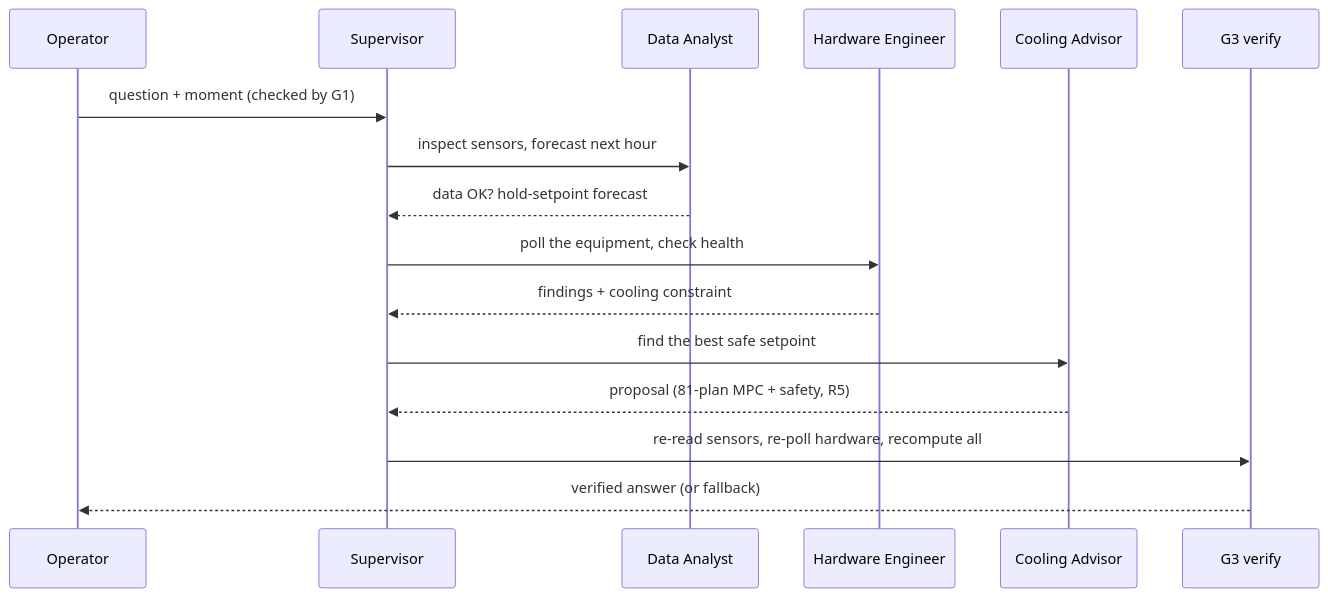
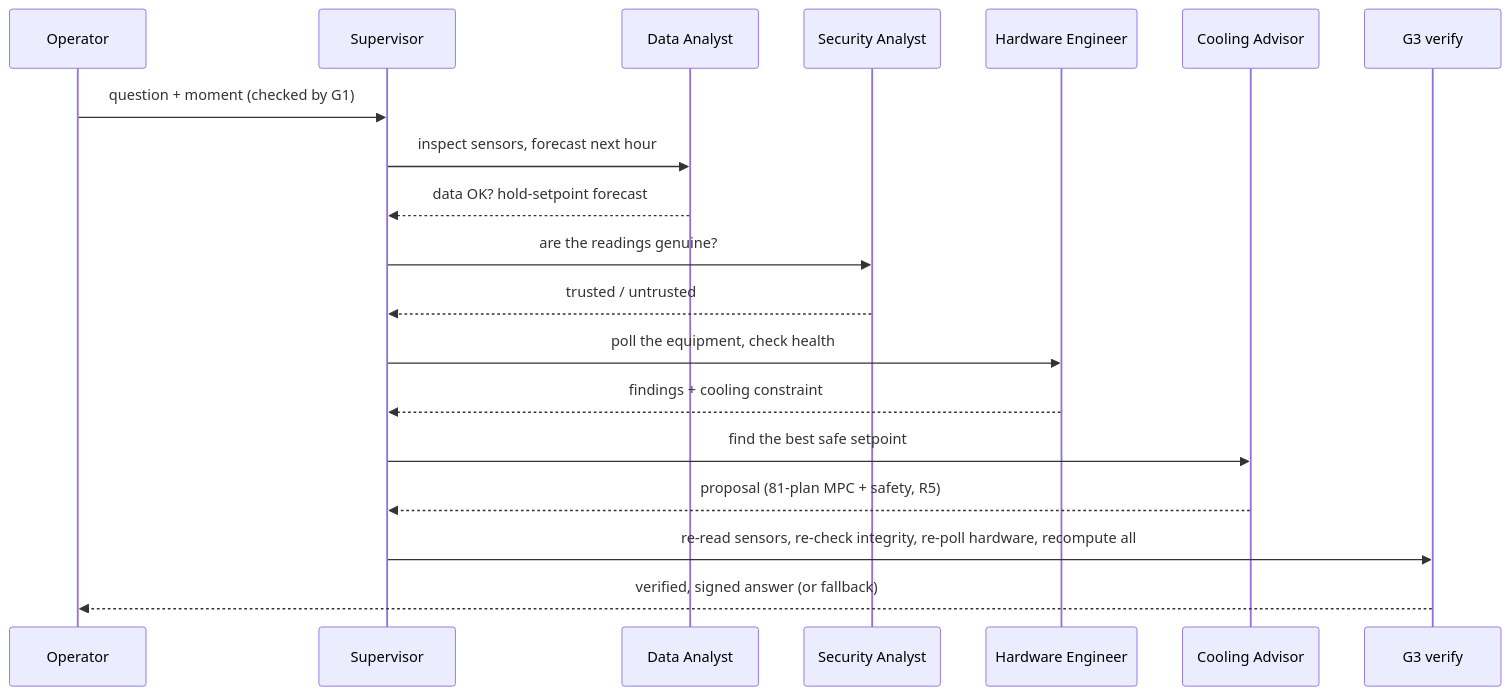
One commit to NuBFightForMyDream/2110582_AIApps_Project_PredictiveCoolingForDataCenter changed the third of 10 diagrams in README.md. Above: the diagram before and after it, drawn with Mermaid. The commit also changed other lines of this file and 34 other files, not shown here.

First line of the commit message:
Phase 2: cybersecurity — Security Analyst agent, integrity model, G1/G4 guards

````diff
--- a/README.md
+++ b/README.md
@@ -84,18 +91,21 @@
 ```mermaid
 sequenceDiagram
     participant O as Operator
     participant S as Supervisor
     participant D as Data Analyst
+    participant A as Security Analyst
     participant H as Hardware Engineer
     participant C as Cooling Advisor
     participant G as G3 verify
     O->>S: question + moment (checked by G1)
     S->>D: inspect sensors, forecast next hour
     D-->>S: data OK? hold-setpoint forecast
+    S->>A: are the readings genuine?
+    A-->>S: trusted / untrusted
     S->>H: poll the equipment, check health
     H-->>S: findings + cooling constraint
     S->>C: find the best safe setpoint
     C-->>S: proposal (81-plan MPC + safety, R5)
-    S->>G: re-read sensors, re-poll hardware, recompute all
-    G-->>O: verified answer (or fallback)
+    S->>G: re-read sensors, re-check integrity, re-poll hardware, recompute all
+    G-->>O: verified, signed answer (or fallback)
 ```
````
